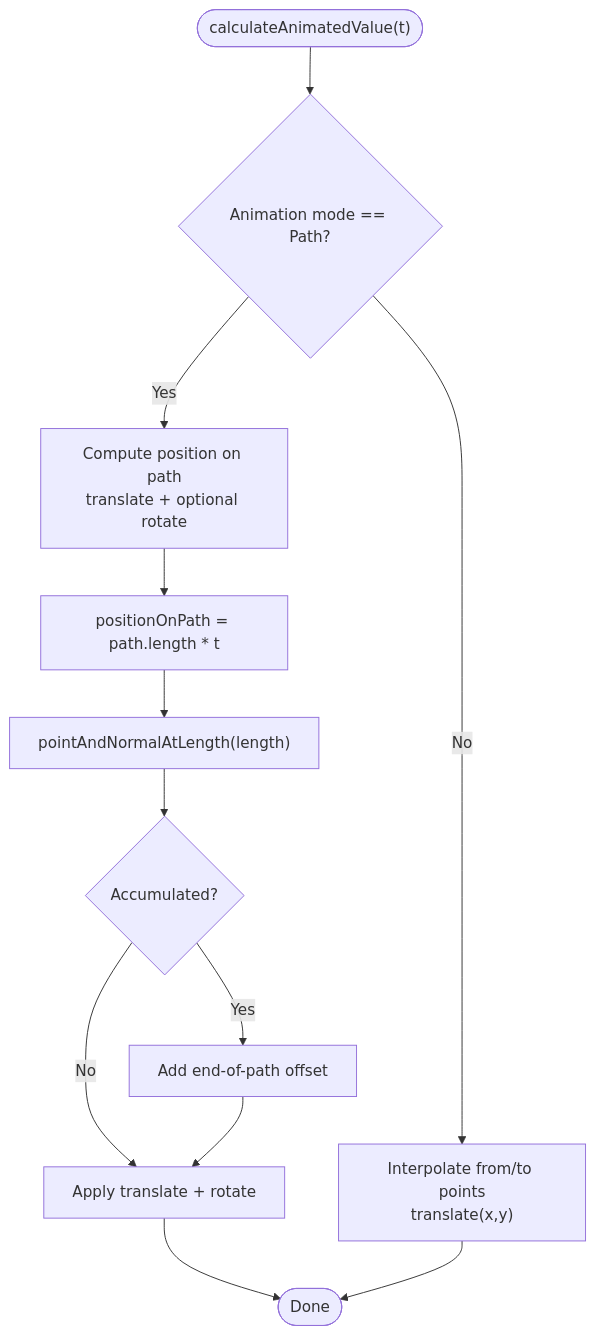
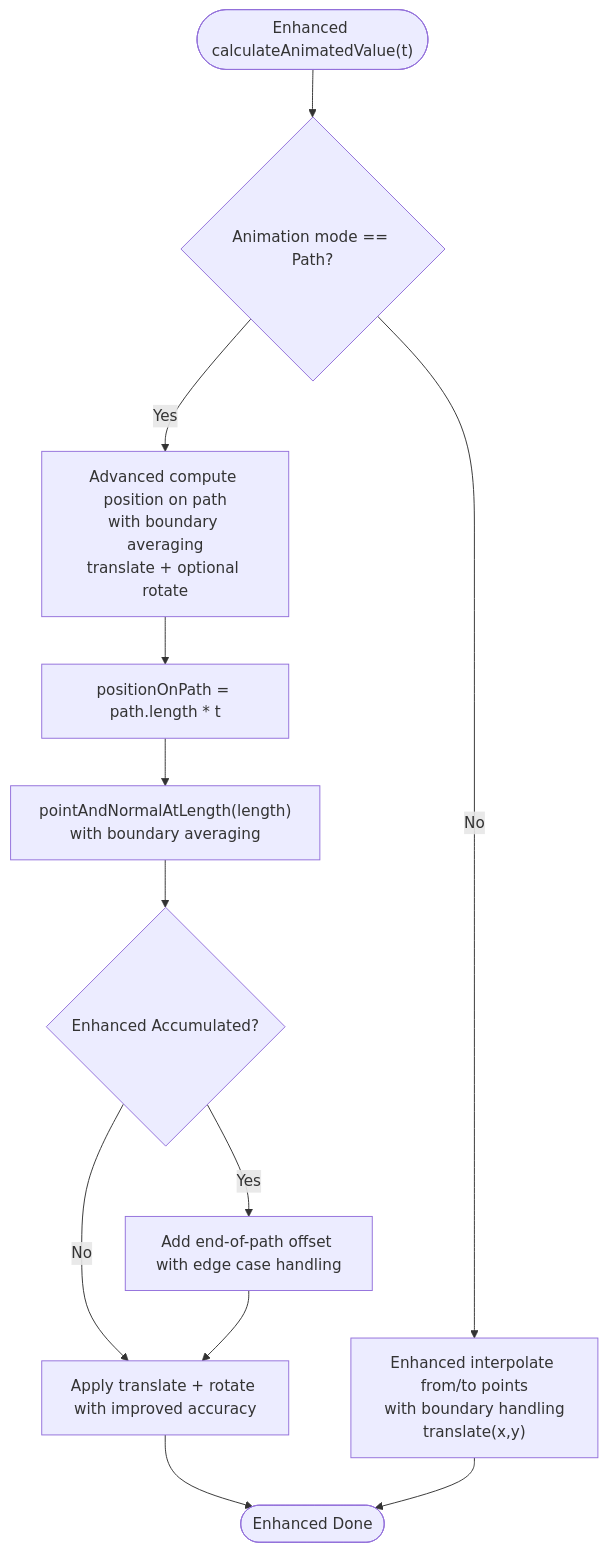
The third of 7 diagrams in .qoder/repowiki/en/content/Animated SVG Support/SMIL Animation Specification/SMIL Motion Animation.md (denisnadey/flutter_full_svg_support), drawn with Mermaid before and after one commit. The commit also changed other lines of this file and 20 other files, not shown here.

````diff
--- a/.qoder/repowiki/en/content/Animated SVG Support/SMIL Animation Specification/SMIL Motion Animation.md
+++ b/.qoder/repowiki/en/content/Animated SVG Support/SMIL Animation Specification/SMIL Motion Animation.md
@@ -173,14 +195,14 @@
 ```mermaid
 flowchart TD
-Start(["calculateAnimatedValue(t)"]) --> CheckMode{"Animation mode == Path?"}
-CheckMode --> |No| PointAnim["Interpolate from/to points<br/>translate(x,y)"]
-CheckMode --> |Yes| PathAnim["Compute position on path<br/>translate + optional rotate"]
+Start(["Enhanced calculateAnimatedValue(t)"]) --> CheckMode{"Animation mode == Path?"}
+CheckMode --> |No| PointAnim["Enhanced interpolate from/to points<br/>with boundary handling<br/>translate(x,y)"]
+CheckMode --> |Yes| PathAnim["Advanced compute position on path<br/>with boundary averaging<br/>translate + optional rotate"]
 PathAnim --> Length["positionOnPath = path.length * t"]
-Length --> Sample["pointAndNormalAtLength(length)"]
-Sample --> Acc{"Accumulated?"}
-Acc --> |Yes| AddEnd["Add end-of-path offset"]
-Acc --> |No| Apply["Apply translate + rotate"]
+Length --> Sample["pointAndNormalAtLength(length)<br/>with boundary averaging"]
+Sample --> Acc{"Enhanced Accumulated?"}
+Acc --> |Yes| AddEnd["Add end-of-path offset with edge case handling"]
+Acc --> |No| Apply["Apply translate + rotate with improved accuracy"]
 AddEnd --> Apply
-Apply --> End(["Done"])
+Apply --> End(["Enhanced Done"])
 PointAnim --> End
 ```
````
